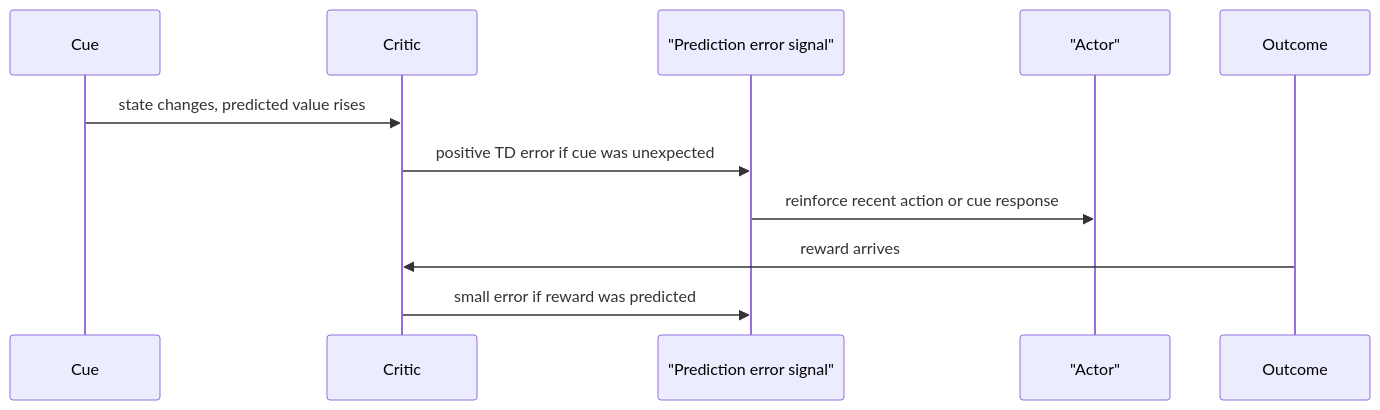
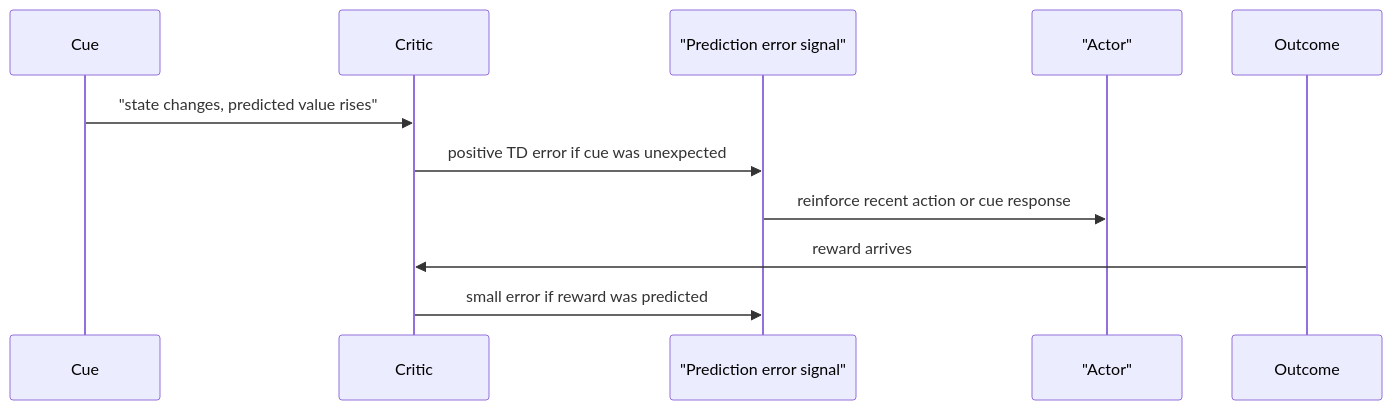
One commit to justinbrianhwang/SJ-wiki changed the diagram in docs/cs/reinforcement-learning/neuroscience-connections.md. Above: the diagram before and after it, drawn with Mermaid. The commit also changed other lines of this file and 955 other files, not shown here.

````diff
--- a/docs/cs/reinforcement-learning/neuroscience-connections.md
+++ b/docs/cs/reinforcement-learning/neuroscience-connections.md
@@ -60,13 +58,13 @@
 ```mermaid
 sequenceDiagram
   participant Cue
   participant Critic
   participant Dopamine as "Prediction error signal"
   participant Act as "Actor"
   participant Outcome
-  Cue->>Critic: state changes, predicted value rises
+  Cue->>Critic: "state changes, predicted value rises"
   Critic->>Dopamine: positive TD error if cue was unexpected
   Dopamine->>Act: reinforce recent action or cue response
   Outcome->>Critic: reward arrives
   Critic->>Dopamine: small error if reward was predicted
 ```
````
